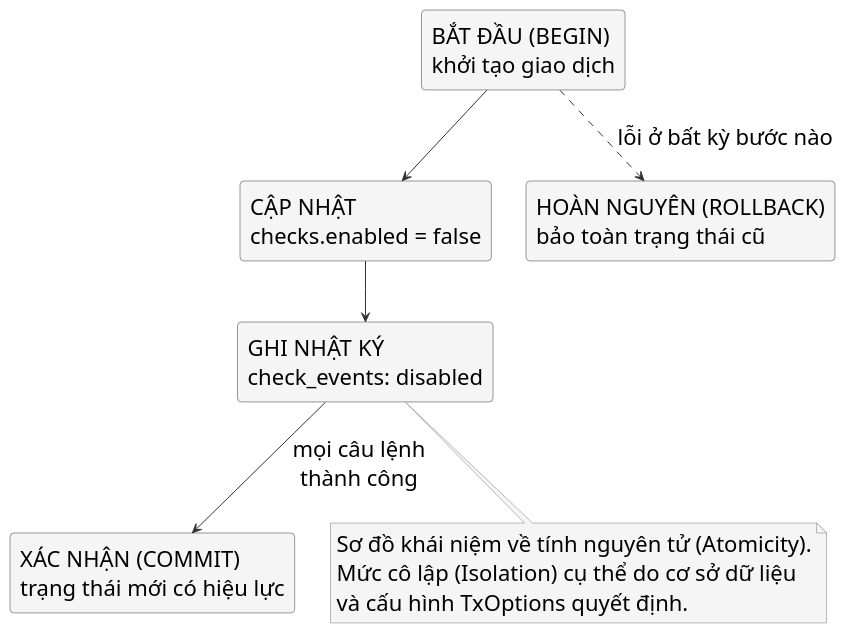
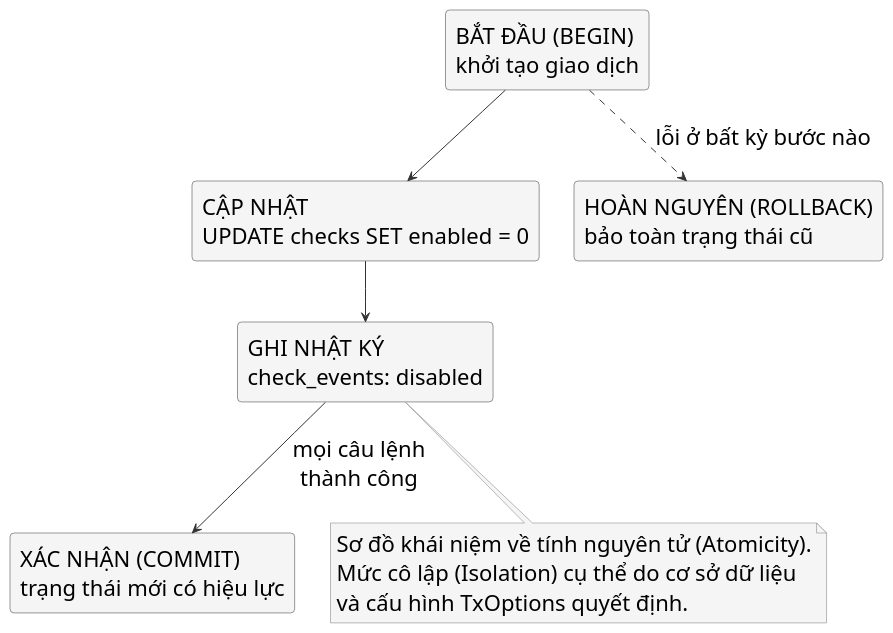
The diagram in assets/diagrams/transaction-boundary.puml (Minhlike/Golang), drawn with PlantUML before and after one commit. The commit also changed 29 other files, not shown here.

Commit message:
fix(editorial): synchronize technical terms, pronouns, lab contracts and diagram boundaries (ISS-06, ISS-07, ISS-09..ISS-14)

```diff
--- a/assets/diagrams/transaction-boundary.puml
+++ b/assets/diagrams/transaction-boundary.puml
@@ -1,36 +1,36 @@
 @startuml
 skinparam backgroundColor #FFFFFF
 skinparam shadowing false
 skinparam note {
   BackgroundColor #F5F5F5
   BorderColor #777777
   FontColor #000000
 }
 skinparam defaultFontName "Source Sans 3"
 skinparam defaultFontSize 22
 skinparam rectangle {
   BackgroundColor #F5F5F5
   BorderColor #333333
   FontColor #000000
   RoundCorner 8
 }
 skinparam arrowColor #333333
 top to bottom direction
 
 rectangle "BẮT ĐẦU (BEGIN)\nkhởi tạo giao dịch" as begin
-rectangle "CẬP NHẬT\nchecks.enabled = false" as update
+rectangle "CẬP NHẬT\nUPDATE checks SET enabled = 0" as update
 rectangle "GHI NHẬT KÝ\ncheck_events: disabled" as audit
 rectangle "XÁC NHẬN (COMMIT)\ntrạng thái mới có hiệu lực" as committed
 rectangle "HOÀN NGUYÊN (ROLLBACK)\nbảo toàn trạng thái cũ" as rolled
 
 begin --> update
 update --> audit
 audit --> committed : mọi câu lệnh\nthành công
 begin ..> rolled : lỗi ở bất kỳ bước nào
 
 note bottom of audit
   Sơ đồ khái niệm về tính nguyên tử (Atomicity).
   Mức cô lập (Isolation) cụ thể do cơ sở dữ liệu
   và cấu hình TxOptions quyết định.
 end note
 @enduml
```
